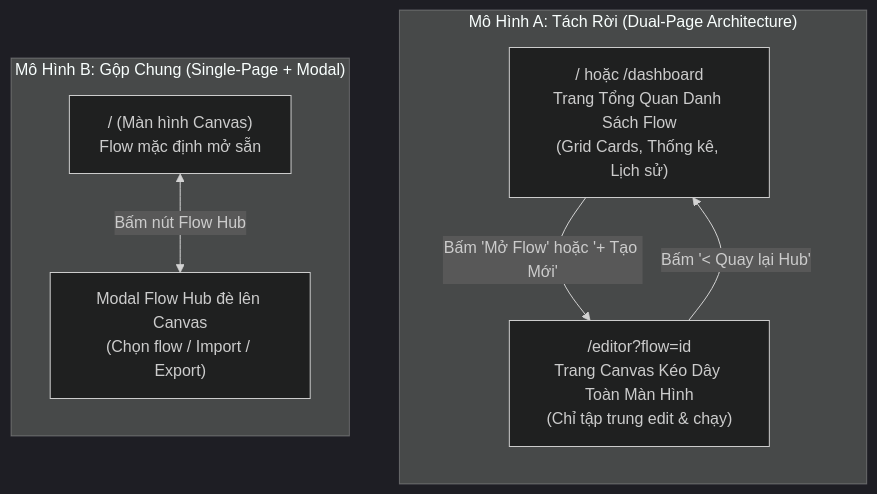
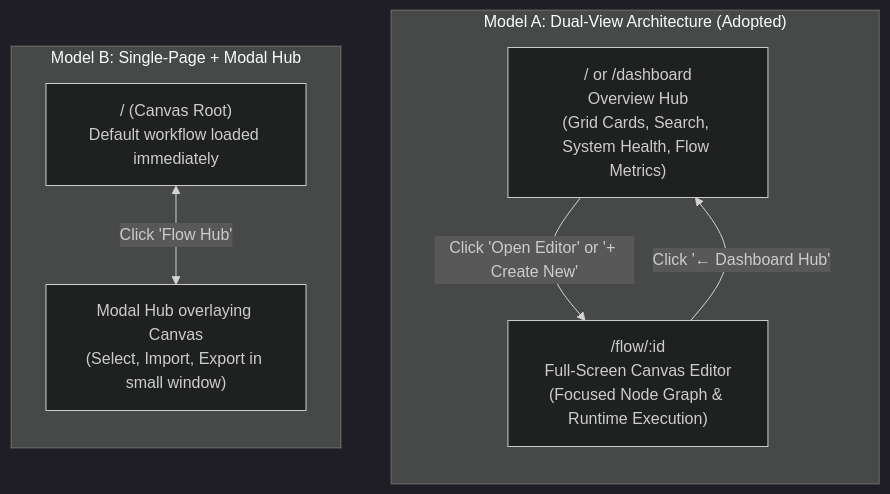
One commit to Youth-Garden/studio changed the diagram in docs/plans/dashboard_vs_editor_architecture.md. Above: the diagram before and after it, drawn with Mermaid (dark theme). The commit also changed other lines of this file and 9 other files, not shown here.

Commit message:
docs: standardize skills and architecture specs to English with DoD checklists, refactor shared constants and i18n

````diff
--- a/docs/plans/dashboard_vs_editor_architecture.md
+++ b/docs/plans/dashboard_vs_editor_architecture.md
@@ -22,15 +19,15 @@
 ```mermaid
 flowchart TD
-    subgraph ModelA ["Mô Hình A: Tách Rời (Dual-Page Architecture)"]
+    subgraph ModelA ["Model A: Dual-View Architecture (Adopted)"]
         direction TB
-        DA1["/ hoặc /dashboard\nTrang Tổng Quan Danh Sách Flow\n(Grid Cards, Thống kê, Lịch sử)"]
-        DA1 -->|"Bấm 'Mở Flow' hoặc '+ Tạo Mới'"| EA1["/editor?flow=id\nTrang Canvas Kéo Dây Toàn Màn Hình\n(Chỉ tập trung edit & chạy)"]
-        EA1 -->|"Bấm '< Quay lại Hub'"| DA1
+        DA1["/ or /dashboard\nOverview Hub\n(Grid Cards, Search, System Health, Flow Metrics)"]
+        DA1 -->|"Click 'Open Editor' or '+ Create New'"| EA1["/flow/:id\nFull-Screen Canvas Editor\n(Focused Node Graph & Runtime Execution)"]
+        EA1 -->|"Click '← Dashboard Hub'"| DA1
     end
 
-    subgraph ModelB ["Mô Hình B: Gộp Chung (Single-Page + Modal)"]
+    subgraph ModelB ["Model B: Single-Page + Modal Hub"]
         direction TB
-        DB1["/ (Màn hình Canvas)\nFlow mặc định mở sẵn"]
-        DB1 <-->|"Bấm nút Flow Hub"| MB1["Modal Flow Hub đè lên Canvas\n(Chọn flow / Import / Export)"]
+        DB1["/ (Canvas Root)\nDefault workflow loaded immediately"]
+        DB1 <-->|"Click 'Flow Hub'"| MB1["Modal Hub overlaying Canvas\n(Select, Import, Export in small window)"]
     end
 ```
````
